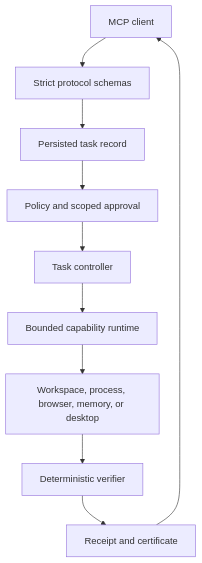
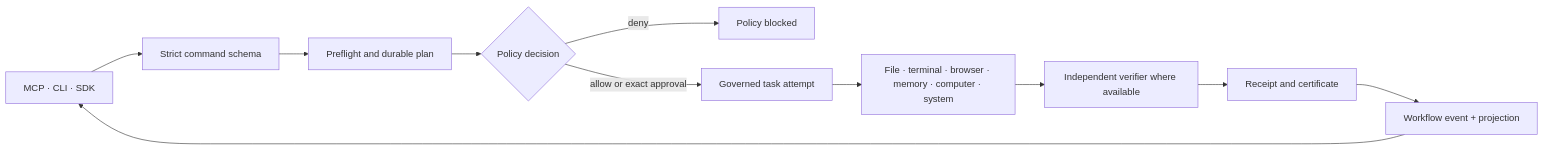
The diagram in docs/ARCHITECTURE.md (XAGI-Lab/atlas-mcp), drawn with Mermaid before and after one commit. The commit also changed other lines of this file and 36 other files, not shown here.

````diff
--- a/docs/ARCHITECTURE.md
+++ b/docs/ARCHITECTURE.md
@@ -5,12 +9,13 @@
 ```mermaid
-flowchart TB
-    Client["MCP client"] --> Schema["Strict protocol schemas"]
-    Schema --> Plan["Persisted task record"]
-    Plan --> Policy["Policy and scoped approval"]
-    Policy --> Controller["Task controller"]
-    Controller --> Runtime["Bounded capability runtime"]
-    Runtime --> Target["Workspace, process, browser, memory, or desktop"]
-    Target --> Verifier["Deterministic verifier"]
-    Verifier --> Evidence["Receipt and certificate"]
-    Evidence --> Client
+flowchart LR
+    Client["MCP · CLI · SDK"] --> Command["Strict command schema"]
+    Command --> Plan["Preflight and durable plan"]
+    Plan --> Policy{"Policy decision"}
+    Policy -->|deny| Blocked["Policy blocked"]
+    Policy -->|allow or exact approval| Task["Governed task attempt"]
+    Task --> Adapter["File · terminal · browser · memory · computer · system"]
+    Adapter --> Verify["Independent verifier where available"]
+    Verify --> Evidence["Receipt and certificate"]
+    Evidence --> Event["Workflow event + projection"]
+    Event --> Client
 ```
````
